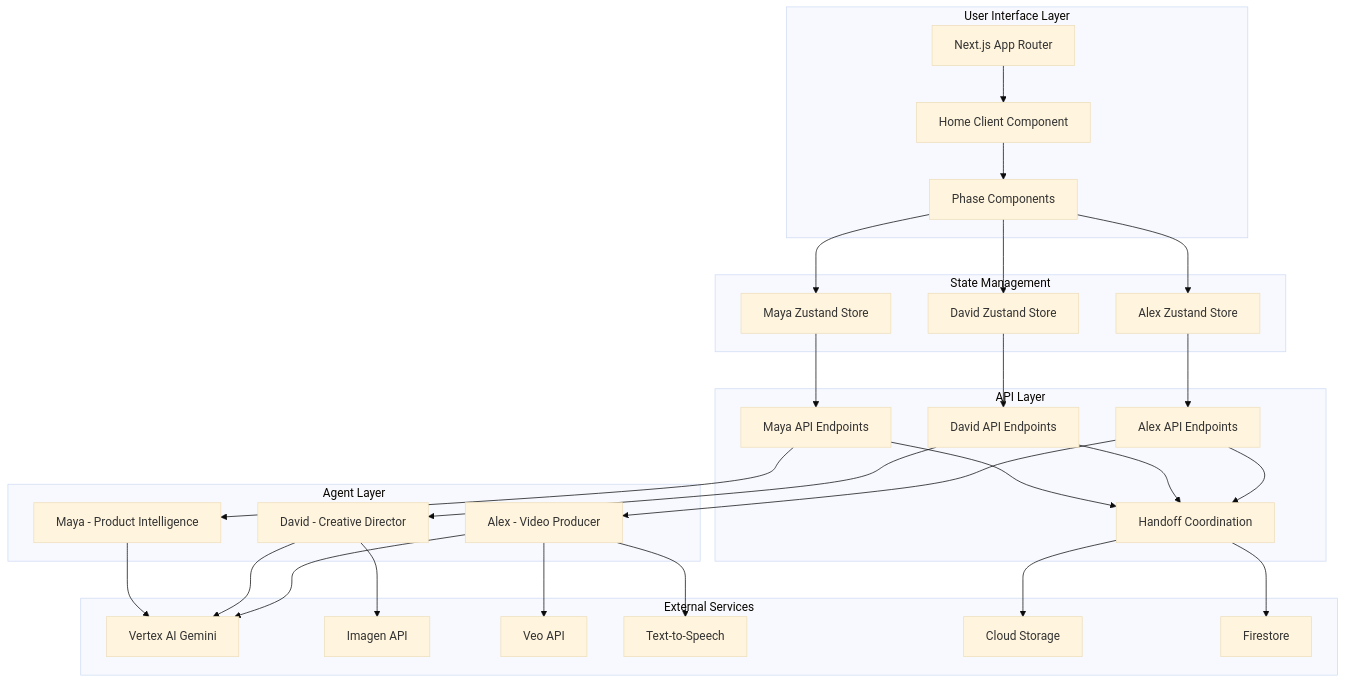
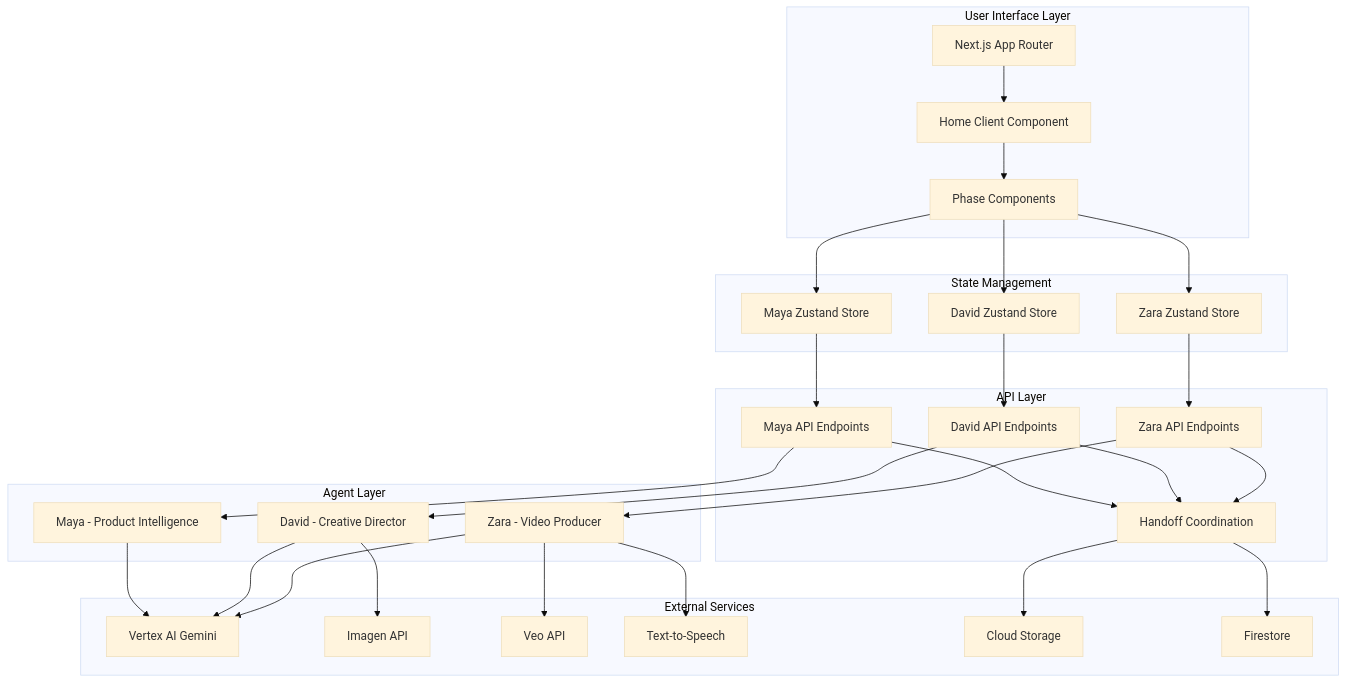
One commit to oharu121/adcraft-ai changed the first of 3 diagrams in specs/3-agent-architecture-migration/design.md. Above: the diagram before and after it, drawn with Mermaid (base theme). The commit also changed other lines of this file and 69 other files, not shown here.

Commit message:
finished zara persona & video producer UI

````diff
--- a/specs/3-agent-architecture-migration/design.md
+++ b/specs/3-agent-architecture-migration/design.md
@@ -1429,64 +1429,64 @@
 ```mermaid
 graph TB
     subgraph "User Interface Layer"
         UI[Next.js App Router]
         HC[Home Client Component]
         PC[Phase Components]
     end
 
     subgraph "State Management"
         MayaStore[Maya Zustand Store]
         DavidStore[David Zustand Store]
-        AlexStore[Alex Zustand Store]
+        ZaraStore[Zara Zustand Store]
     end
 
     subgraph "Agent Layer"
         Maya[Maya - Product Intelligence]
         David[David - Creative Director]
-        Alex[Alex - Video Producer]
+        Zara[Zara - Video Producer]
     end
 
     subgraph "API Layer"
         MayaAPI[Maya API Endpoints]
         DavidAPI[David API Endpoints]
-        AlexAPI[Alex API Endpoints]
+        ZaraAPI[Zara API Endpoints]
         HandoffAPI[Handoff Coordination]
     end
 
     subgraph "External Services"
         Gemini[Vertex AI Gemini]
         Imagen[Imagen API]
         Veo[Veo API]
         TTS[Text-to-Speech]
         Storage[Cloud Storage]
         Firestore[Firestore]
     end
 
     UI --> HC
     HC --> PC
     PC --> MayaStore
     PC --> DavidStore
-    PC --> AlexStore
+    PC --> ZaraStore
 
     MayaStore --> MayaAPI
     DavidStore --> DavidAPI
-    AlexStore --> AlexAPI
+    ZaraStore --> ZaraAPI
 
     MayaAPI --> Maya
     DavidAPI --> David
-    AlexAPI --> Alex
+    ZaraAPI --> Zara
 
     Maya --> Gemini
     David --> Gemini
     David --> Imagen
-    Alex --> Gemini
-    Alex --> Veo
-    Alex --> TTS
+    Zara --> Gemini
+    Zara --> Veo
+    Zara --> TTS
 
     MayaAPI --> HandoffAPI
     DavidAPI --> HandoffAPI
-    AlexAPI --> HandoffAPI
+    ZaraAPI --> HandoffAPI
 
     HandoffAPI --> Storage
     HandoffAPI --> Firestore
 ```
````
